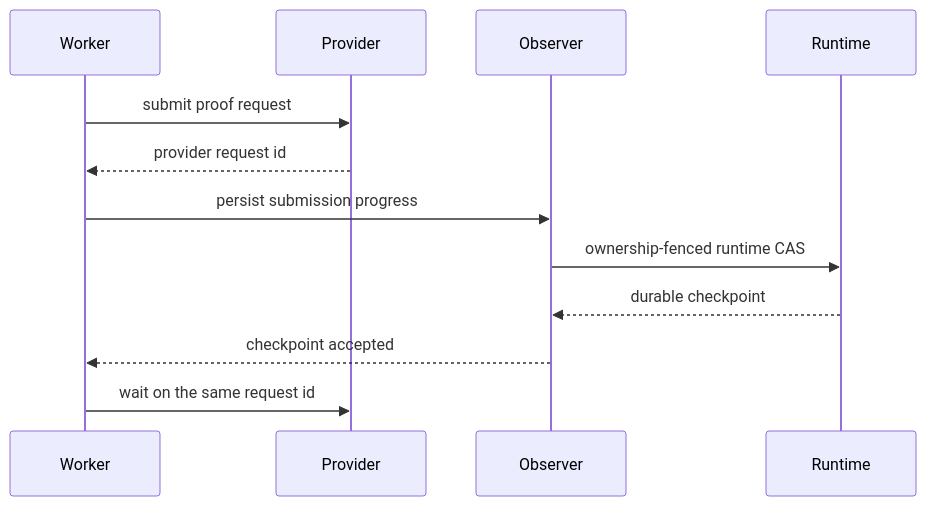
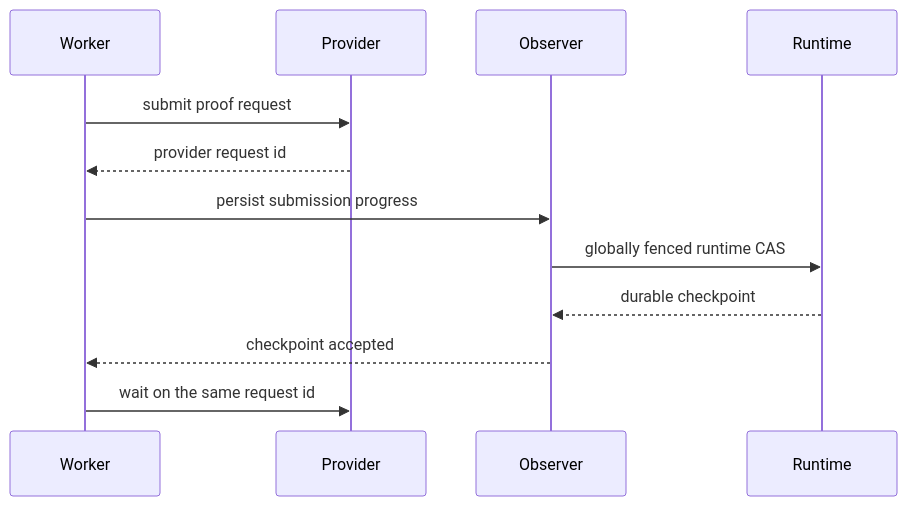
One commit to taikoxyz/raiko2 changed the second of 3 diagrams in docs/plans/2026-07-17-001-fix-proof-publication-correctness-plan.md. Above: the diagram before and after it, drawn with Mermaid. The commit also changed other lines of this file and 29 other files, not shown here.

````diff
--- a/docs/plans/2026-07-17-001-fix-proof-publication-correctness-plan.md
+++ b/docs/plans/2026-07-17-001-fix-proof-publication-correctness-plan.md
@@ -110,14 +117,14 @@
 ```mermaid
 sequenceDiagram
   participant Worker
   participant Provider
   participant Observer
   participant Runtime
   Worker->>Provider: submit proof request
   Provider-->>Worker: provider request id
   Worker->>Observer: persist submission progress
-  Observer->>Runtime: ownership-fenced runtime CAS
+  Observer->>Runtime: globally fenced runtime CAS
   Runtime-->>Observer: durable checkpoint
   Observer-->>Worker: checkpoint accepted
   Worker->>Provider: wait on the same request id
 ```
````
